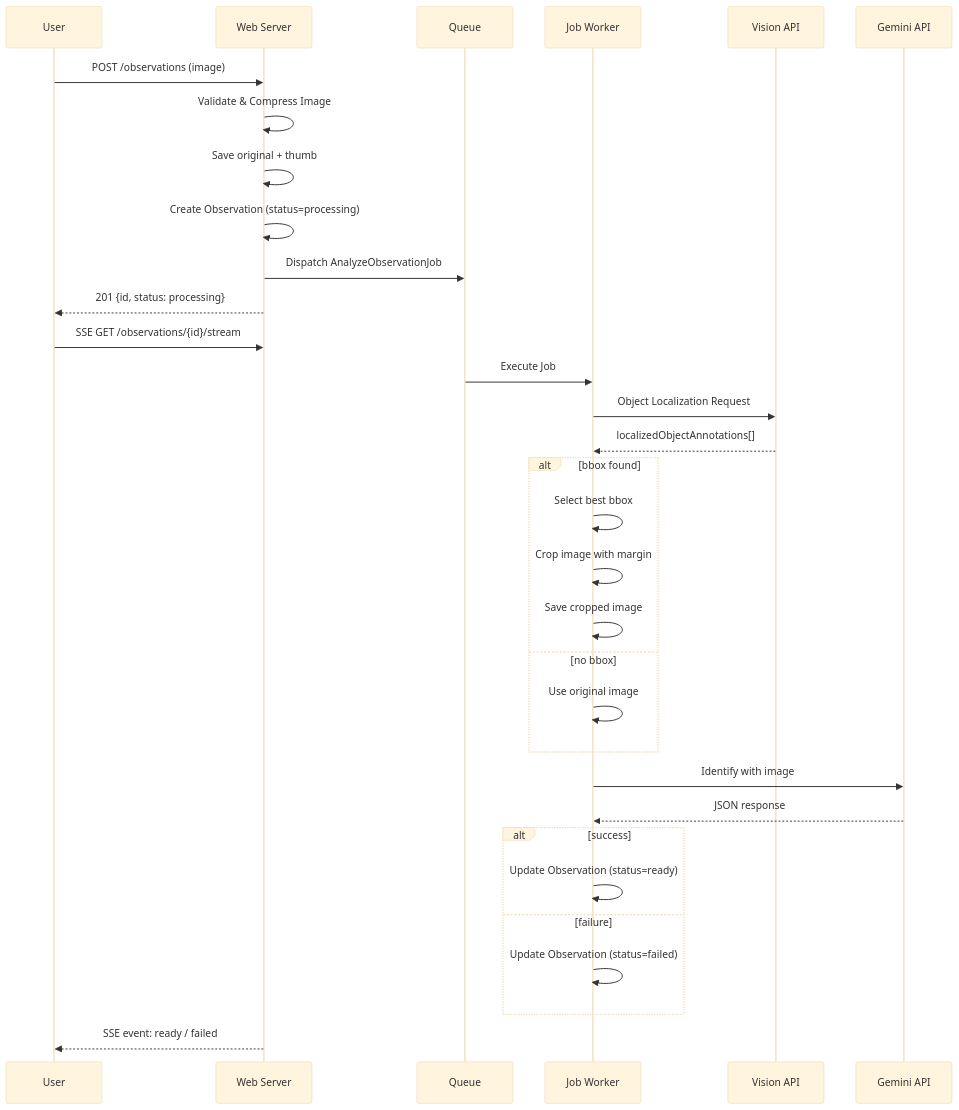
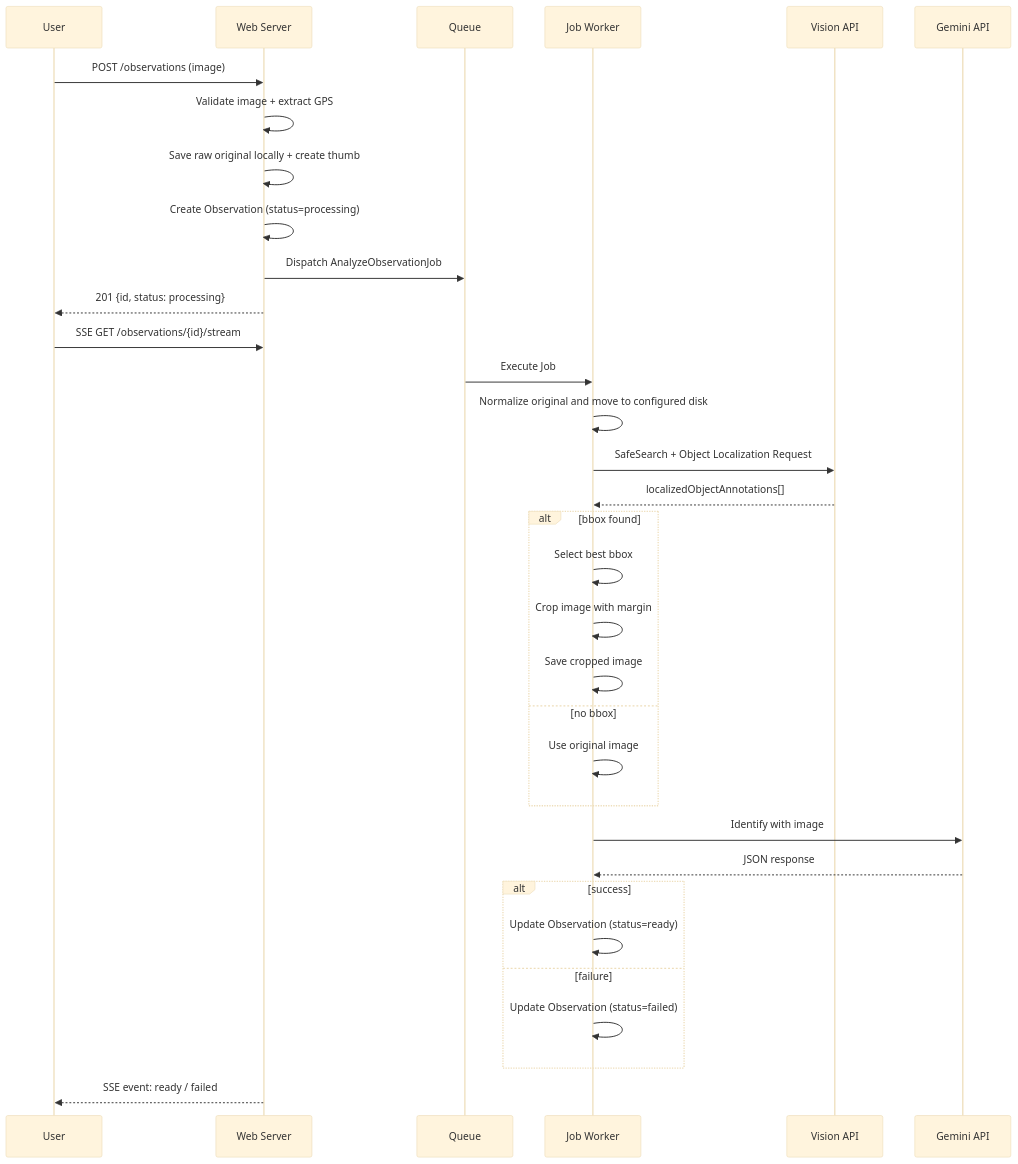
Before and after one commit to corocorococoro/LensClip: the first of 2 diagrams in docs/ai-pipeline.md, drawn with Mermaid (base theme). The commit also changed other lines of this file and 12 other files, not shown here.

````diff
--- a/docs/ai-pipeline.md
+++ b/docs/ai-pipeline.md
@@ -5,41 +5,42 @@
 ```mermaid
 sequenceDiagram
     participant U as User
     participant W as Web Server
     participant Q as Queue
     participant J as Job Worker
     participant V as Vision API
     participant G as Gemini API
 
     U->>W: POST /observations (image)
-    W->>W: Validate & Compress Image
-    W->>W: Save original + thumb
+    W->>W: Validate image + extract GPS
+    W->>W: Save raw original locally + create thumb
     W->>W: Create Observation (status=processing)
     W->>Q: Dispatch AnalyzeObservationJob
     W-->>U: 201 {id, status: processing}
 
     U->>W: SSE GET /observations/{id}/stream
     
     Q->>J: Execute Job
-    J->>V: Object Localization Request
+    J->>J: Normalize original and move to configured disk
+    J->>V: SafeSearch + Object Localization Request
     V-->>J: localizedObjectAnnotations[]
 
     alt bbox found
         J->>J: Select best bbox
         J->>J: Crop image with margin
         J->>J: Save cropped image
     else no bbox
         J->>J: Use original image
     end
 
     J->>G: Identify with image
     G-->>J: JSON response
 
     alt success
         J->>J: Update Observation (status=ready)
     else failure
         J->>J: Update Observation (status=failed)
     end
 
     W-->>U: SSE event: ready / failed
 ```
````
